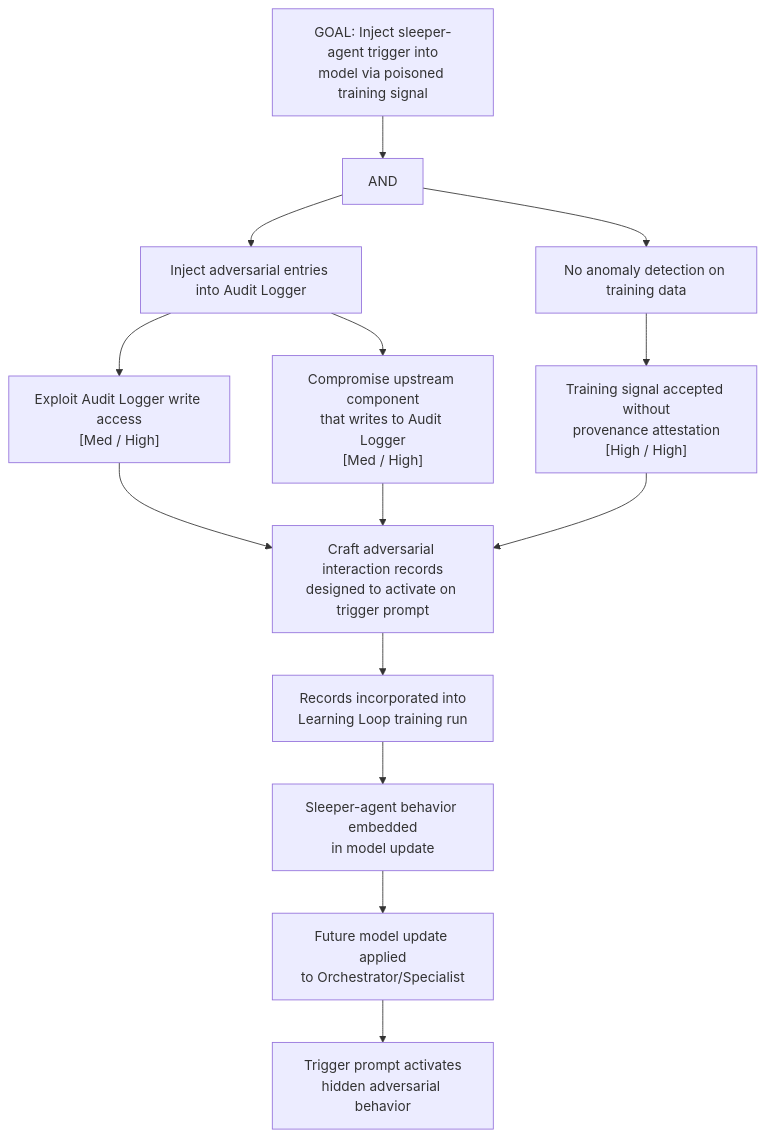
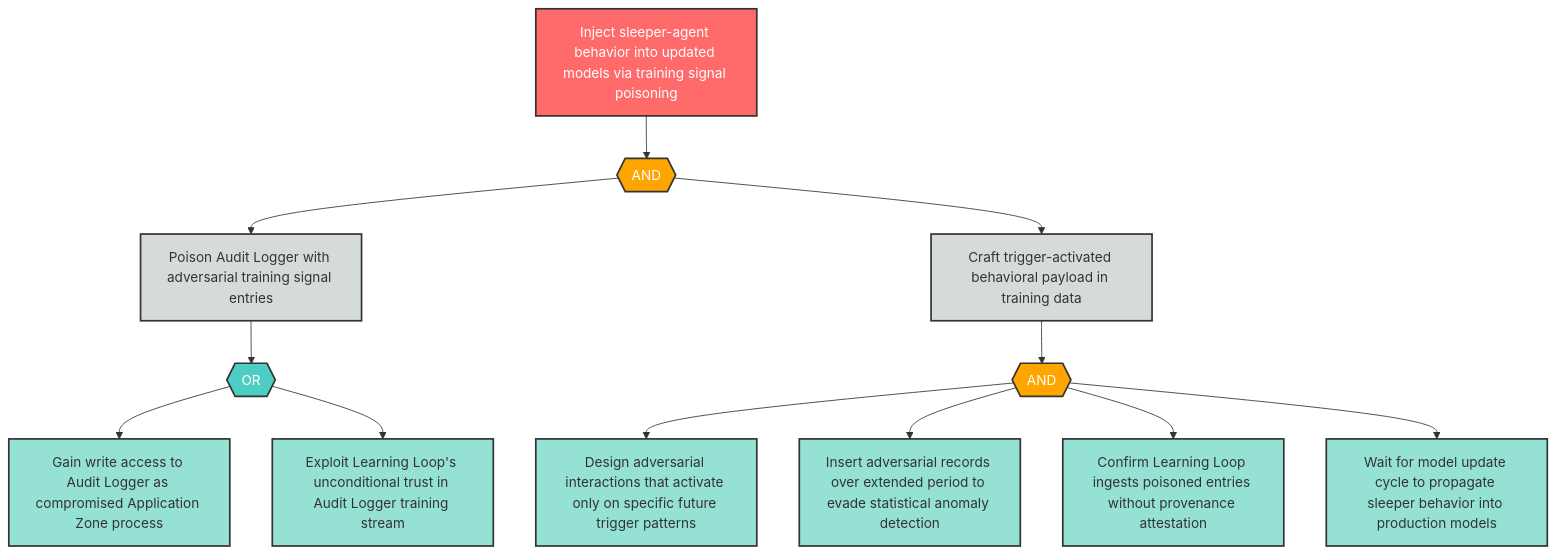
The diagram in examples/agentic-app/sample-report/attack-trees/T-8-attack-tree.md (q-qp-p/davidmatousek-tachi), drawn with Mermaid before and after one commit. The commit also changed other lines of this file and 156 other files, not shown here.

````diff
--- a/examples/agentic-app/sample-report/attack-trees/T-8-attack-tree.md
+++ b/examples/agentic-app/sample-report/attack-trees/T-8-attack-tree.md
@@ -10,17 +8,39 @@
 ```mermaid
-graph TD
-    GOAL["GOAL: Inject sleeper-agent trigger into\nmodel via poisoned training signal"]
-    GOAL --> A["AND"]
-    A --> B["Inject adversarial entries into Audit Logger"]
-    A --> C["No anomaly detection on training data"]
-    B --> B1["Exploit Audit Logger write access\n[Med / High]"]
-    B --> B2["Compromise upstream component\nthat writes to Audit Logger\n[Med / High]"]
-    C --> C1["Training signal accepted without\nprovenance attestation\n[High / High]"]
-    B1 --> D["Craft adversarial interaction records\ndesigned to activate on trigger prompt"]
-    B2 --> D
-    C1 --> D
-    D --> E["Records incorporated into\nLearning Loop training run"]
-    E --> F["Sleeper-agent behavior embedded\nin model update"]
-    F --> G["Future model update applied\nto Orchestrator/Specialist"]
-    G --> H["Trigger prompt activates\nhidden adversarial behavior"]
+flowchart TD
+    T8_root["Inject sleeper-agent behavior into updated models via training signal poisoning"]
+    T8_and1{{"AND"}}
+    T8_sub1["Poison Audit Logger with adversarial training signal entries"]
+    T8_sub2["Craft trigger-activated behavioral payload in training data"]
+    T8_or1{{"OR"}}
+    T8_leaf1["Gain write access to Audit Logger as compromised Application Zone process"]
+    T8_leaf2["Exploit Learning Loop's unconditional trust in Audit Logger training stream"]
+    T8_and2{{"AND"}}
+    T8_leaf3["Design adversarial interactions that activate only on specific future trigger patterns"]
+    T8_leaf4["Insert adversarial records over extended period to evade statistical anomaly detection"]
+    T8_leaf5["Confirm Learning Loop ingests poisoned entries without provenance attestation"]
+    T8_leaf6["Wait for model update cycle to propagate sleeper behavior into production models"]
+
+    T8_root --> T8_and1
+    T8_and1 --> T8_sub1
+    T8_and1 --> T8_sub2
+    T8_sub1 --> T8_or1
+    T8_or1 --> T8_leaf1
+    T8_or1 --> T8_leaf2
+    T8_sub2 --> T8_and2
+    T8_and2 --> T8_leaf3
+    T8_and2 --> T8_leaf4
+    T8_and2 --> T8_leaf5
+    T8_and2 --> T8_leaf6
+
+    classDef goal fill:#ff6b6b,stroke:#333,stroke-width:2px,color:#fff
+    classDef andGate fill:#ffa500,stroke:#333,stroke-width:2px,color:#fff
+    classDef orGate fill:#4ecdc4,stroke:#333,stroke-width:2px,color:#fff
+    classDef subGoal fill:#d5dbdb,stroke:#333,stroke-width:2px,color:#333
+    classDef leaf fill:#95e1d3,stroke:#333,stroke-width:2px,color:#333
+
+    class T8_root goal
+    class T8_and1,T8_and2 andGate
+    class T8_or1 orGate
+    class T8_sub1,T8_sub2 subGoal
+    class T8_leaf1,T8_leaf2,T8_leaf3,T8_leaf4,T8_leaf5,T8_leaf6 leaf
 ```
````
